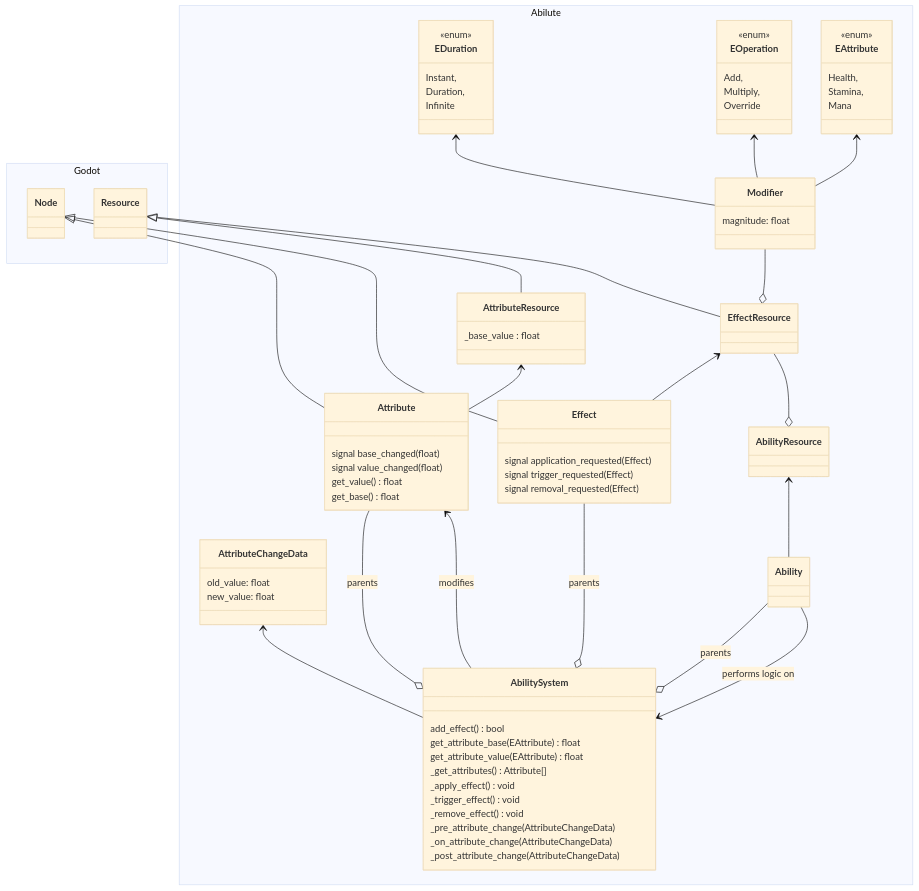
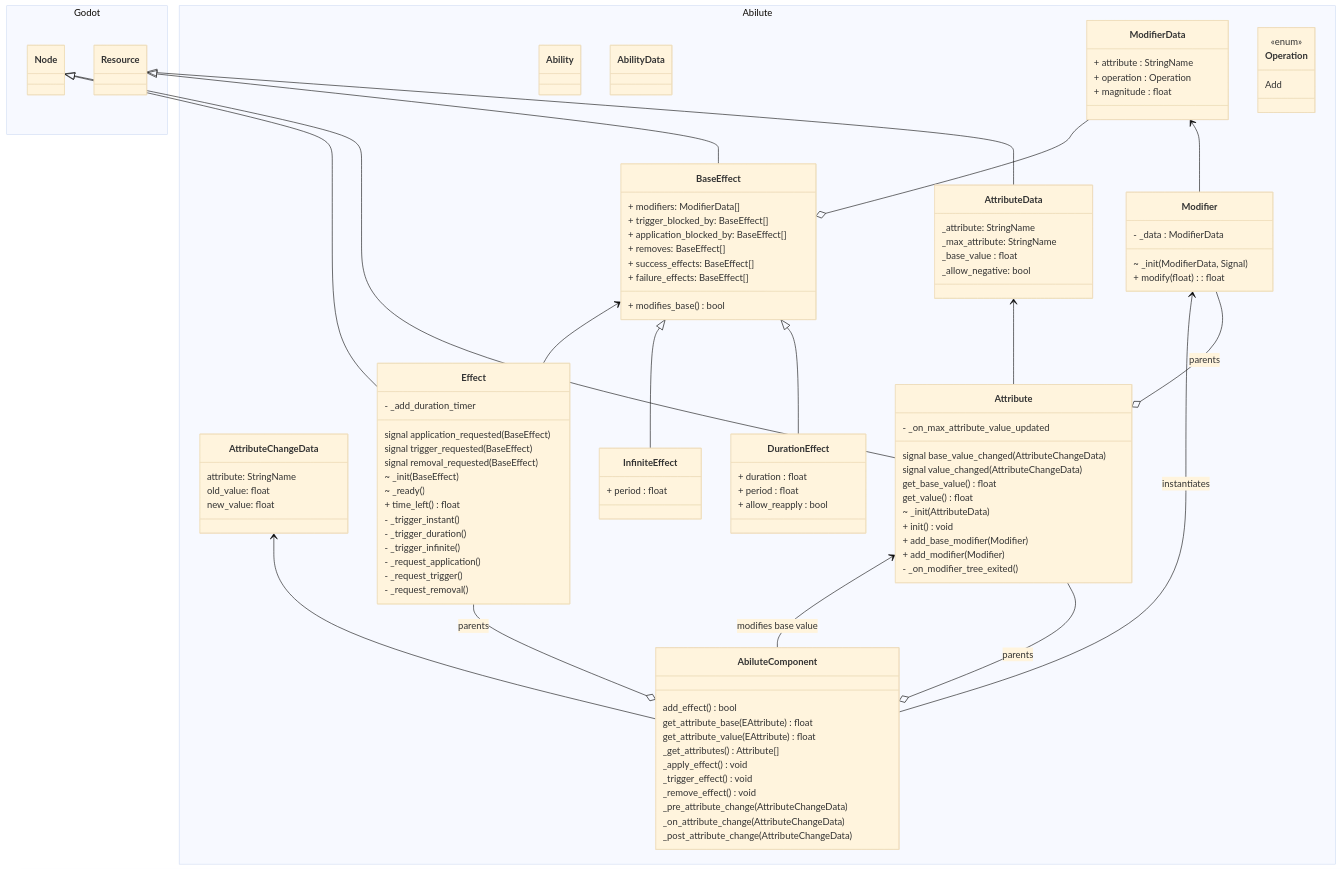
The diagram in README.md (nilsiker/abilute), drawn with Mermaid (base theme) before and after one commit. The commit also changed 20 other files, not shown here.

Commit message:
project restructure, correctly clamp base value on max update, start work on proper example project

````diff
--- a/README.md
+++ b/README.md
@@ -24,10 +24,11 @@
 
 namespace Abilute {
     class AttributeChangeData {
+        attribute: StringName
         old_value: float
         new_value: float
     }
-    class AbilitySystem {
+    class AbiluteComponent {
         add_effect() bool
         get_attribute_base(EAttribute) float
         get_attribute_value(EAttribute) float
@@ -41,70 +42,93 @@
         _post_attribute_change(AttributeChangeData)
     }
     class Attribute {
-        signal base_changed(float)
-        signal value_changed(float)
+        signal base_value_changed(AttributeChangeData)
+        signal value_changed(AttributeChangeData)
         
+        get_base_value() float
         get_value() float
-        get_base() float
-
+        ~ _init(AttributeData)
+        + init() void
+        + add_base_modifier(Modifier)
+        + add_modifier(Modifier)
+        - _on_modifier_tree_exited()
+        - _on_max_attribute_value_updated
     }
-    class AttributeResource {
+    class AttributeData {
+        _attribute: StringName
+        _max_attribute: StringName
         _base_value : float
+        _allow_negative: bool
     }
     class Effect {
-        signal application_requested(Effect)
-        signal trigger_requested(Effect)
-        signal removal_requested(Effect)
+        signal application_requested(BaseEffect)
+        signal trigger_requested(BaseEffect)
+        signal removal_requested(BaseEffect)
+        ~ _init(BaseEffect)
+        ~ _ready()
+        + time_left() float
+        - _trigger_instant()
+        - _trigger_duration()
+        - _trigger_infinite()
+        - _add_duration_timer
+        - _request_application()
+        - _request_trigger()
+        - _request_removal()
     }
-    class EffectResource
+    class BaseEffect {
+        + modifiers: ModifierData[]
+        + trigger_blocked_by: BaseEffect[]
+        + application_blocked_by: BaseEffect[]
+        + removes: BaseEffect[]
+        + success_effects: BaseEffect[]
+        + failure_effects: BaseEffect[]
+        + modifies_base() bool
+    }
+    class DurationEffect {
+        + duration : float
+        + period : float
+        + allow_reapply : bool
+    }
+    class InfiniteEffect {
+        + period : float   
+    }
     class Ability
-    class AbilityResource
+    class AbilityData
     class Modifier {
-        magnitude: float
+        - _data : ModifierData
+        ~ _init(ModifierData, Signal)
+        + modify(float) : float
     }
-    class EDuration {
+    class ModifierData {
+        + attribute : StringName
+        + operation : Operation
+        + magnitude : float
+    }
+    class Operation {
         <<enum>>
-        Instant,
-        Duration,
-        Infinite
-    }
-    class EOperation {
-        <<enum>>
-        Add,
-        Multiply,
-        Override
-    }
-    class EAttribute {
-        <<enum>>
-        Health,
-        Stamina,
-        Mana
+        Add
     }
 }
 
 Attribute--|>Node
 Effect--|>Node
-AttributeResource--|>Resource
-EffectResource--|>Resource
+AttributeData--|>Resource
+BaseEffect--|>Resource
+DurationEffect--|>BaseEffect
+InfiniteEffect--|>BaseEffect
 
-AbilitySystem o-- Attribute: parents
-AbilitySystem o-- Effect: parents
-AbilitySystem o-- Ability: parents
+AbiluteComponent o-- Attribute: parents
+AbiluteComponent o-- Effect: parents
+Attribute o-- Modifier: parents
 
-Attribute-->AttributeResource
-Effect-->EffectResource
+Attribute-->AttributeData
+Effect-->BaseEffect
+Modifier --> ModifierData
 
-Ability-->AbilityResource
-AbilityResource o-- EffectResource
-Ability --> AbilitySystem: performs logic on
+BaseEffect o-- ModifierData
 
-Modifier --> EAttribute
-Modifier --> EOperation
-Modifier --> EDuration
-
-EffectResource o-- Modifier
-
-AbilitySystem --> Attribute: modifies
-AbilitySystem --> AttributeChangeData
+AbiluteComponent --> Modifier: instantiates
+AbiluteComponent --> Attribute: modifies base value
+AbiluteComponent --> AttributeChangeData
 
 ```
````
